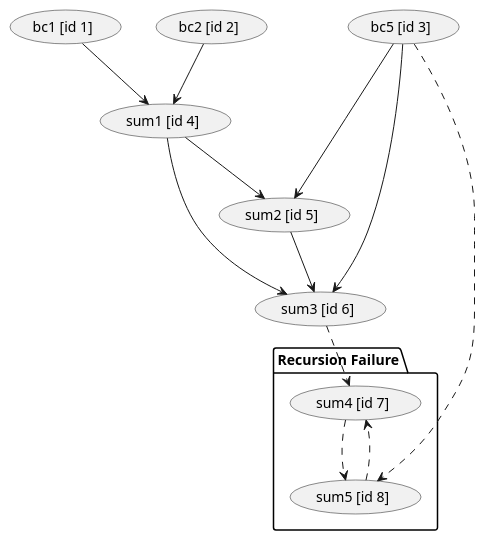
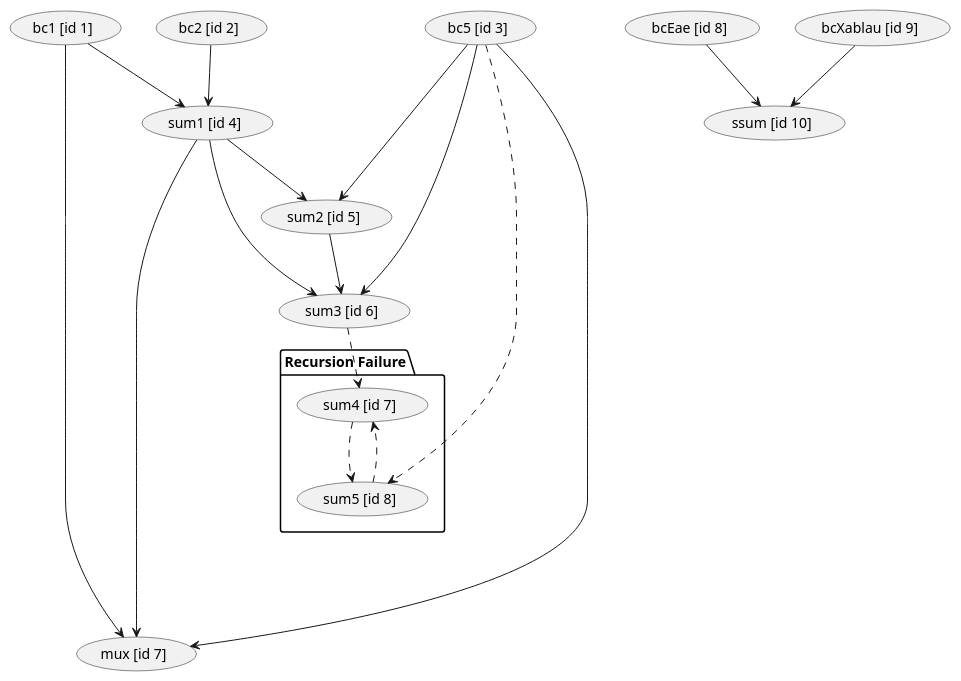
One commit to griloHBG/modern-cpp-study-group changed the diagram in block-diagram/Images/main_example.puml. Above: the diagram before and after it, drawn with PlantUML. The commit also changed 1 other file, not shown here.

Commit message:
Now BlockSum works (or should work) for any type. Little block diagram with std::string to show Documentation changed for this

```diff
--- a/block-diagram/Images/main_example.puml
+++ b/block-diagram/Images/main_example.puml
@@ -1,31 +1,44 @@
 @startuml
 
 package "Recursion Failure" {
     usecase (sum4 [id 7]) as sum4
     usecase (sum5 [id 8]) as sum5
 }
 
 usecase (bc1 [id 1])  as bc1
 usecase (bc2 [id 2])  as bc2
 usecase (bc5 [id 3])  as bc5
 usecase (sum1 [id 4]) as sum1
 usecase (sum2 [id 5]) as sum2
 usecase (sum3 [id 6]) as sum3
 
-(bc1) --> (sum1)
-(bc2) --> (sum1)
+usecase (mux [id 7]) as mux
 
-(sum1) --> (sum2)
-(bc5) ---> (sum2)
+bc1 --> sum1
+bc2 --> sum1
 
-(sum1) ---> (sum3)
-(sum2) --> (sum3)
-(bc5) ----> (sum3)
+sum1 --> sum2
+bc5 ---> sum2
 
-(sum3) ..> (sum4)
-(sum5) ..> (sum4)
+sum1 ---> sum3
+sum2 --> sum3
+bc5 ----> sum3
 
-(sum4) ..> (sum5)
-(bc5) ..> (sum5)
+sum3 ..> sum4
+sum5 ..> sum4
+
+sum4 ..> sum5
+bc5 ..> sum5
+
+bc5 --------> mux
+bc1 --> mux
+sum1 ------> mux
+
+usecase (bcEae [id 8])  as bcEae
+usecase (bcXablau [id 9])  as bcXablau
+usecase (ssum [id 10])  as ssum
+
+bcEae --> ssum
+bcXablau --> ssum
 
 @enduml
```
